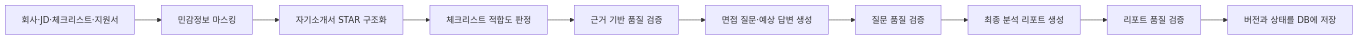
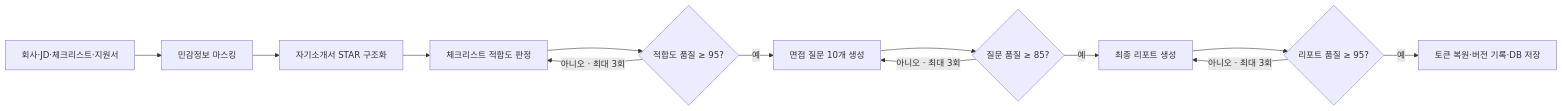
The fourth of 6 diagrams in README.md (SKN26-Final-1st/Final_project), drawn with Mermaid before and after one commit. The commit also changed other lines of this file, not shown here.

````diff
--- a/README.md
+++ b/README.md
@@ -15,12 +169,15 @@
 ```mermaid
 flowchart LR
   Input["회사·JD·체크리스트·지원서"] --> Mask["민감정보 마스킹"]
   Mask --> STAR["자기소개서 STAR 구조화"]
   STAR --> Fit["체크리스트 적합도 판정"]
-  Fit --> FitQA["근거 기반 품질 검증"]
-  FitQA --> Questions["면접 질문·예상 답변 생성"]
-  Questions --> QuestionQA["질문 품질 검증"]
-  QuestionQA --> Report["최종 분석 리포트 생성"]
-  Report --> ReportQA["리포트 품질 검증"]
-  ReportQA --> Save["버전과 상태를 DB에 저장"]
+  Fit --> FitQA{"적합도 품질 ≥ 95?"}
+  FitQA -->|"아니오 · 최대 3회"| Fit
+  FitQA -->|"예"| Question["면접 질문 10개 생성"]
+  Question --> QuestionQA{"질문 품질 ≥ 85?"}
+  QuestionQA -->|"아니오 · 최대 3회"| Question
+  QuestionQA -->|"예"| Report["최종 리포트 생성"]
+  Report --> ReportQA{"리포트 품질 ≥ 95?"}
+  ReportQA -->|"아니오 · 최대 3회"| Report
+  ReportQA -->|"예"| Final["토큰 복원·버전 기록·DB 저장"]
 ```
````
